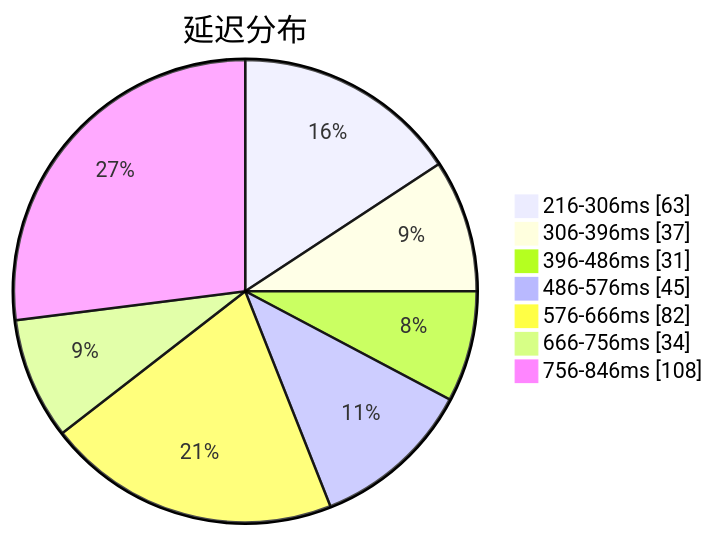
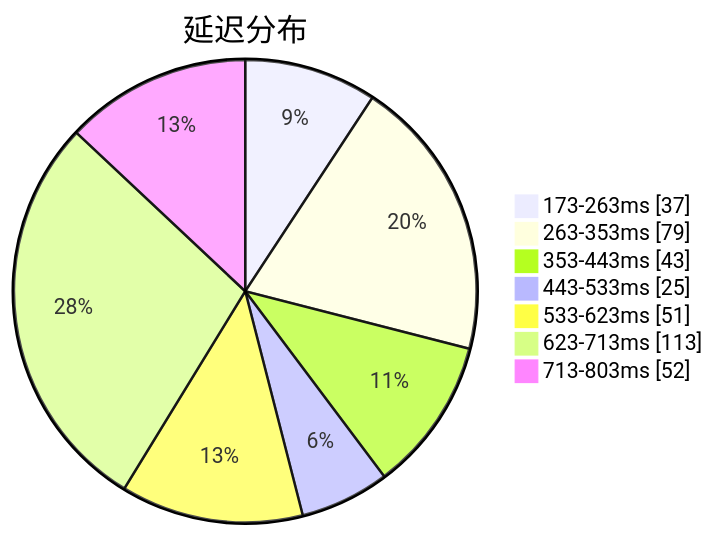
Before and after one commit to qjlxg/airport: the first of 3 diagrams in subs/statistics/tested_within.md, drawn with Mermaid. The commit also changed other lines of this file and 2 other files, not shown here.

````diff
--- a/subs/statistics/tested_within.md
+++ b/subs/statistics/tested_within.md
@@ -2,11 +2,11 @@
 ```mermaid
 pie showData
 title 延迟分布
-"216-306ms" : 63
-"306-396ms" : 37
-"396-486ms" : 31
-"486-576ms" : 45
-"576-666ms" : 82
-"666-756ms" : 34
-"756-846ms" : 108
+"173-263ms" : 37
+"263-353ms" : 79
+"353-443ms" : 43
+"443-533ms" : 25
+"533-623ms" : 51
+"623-713ms" : 113
+"713-803ms" : 52
 ```
````
